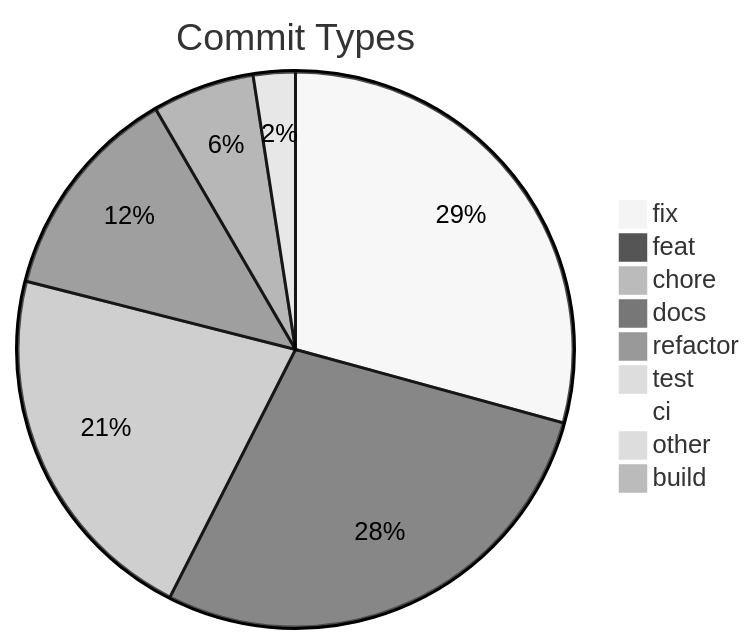
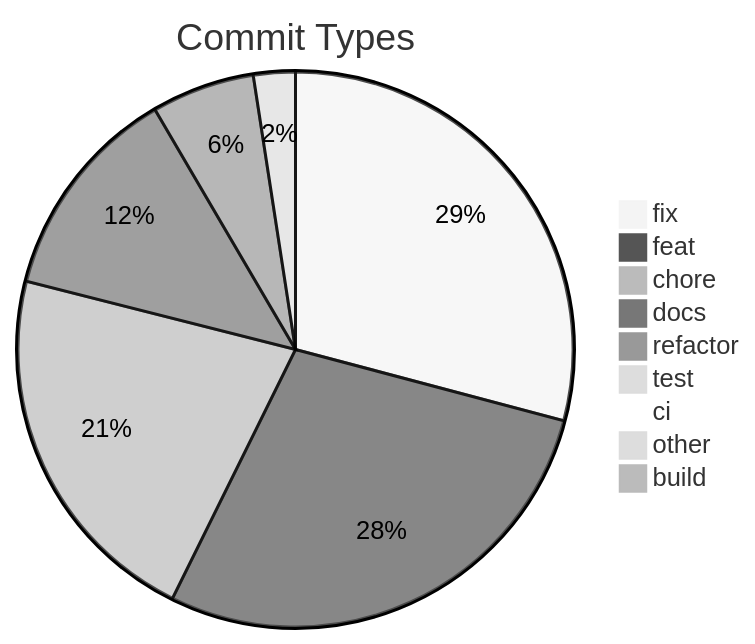
One commit to svenroth-ai/shipwright changed the diagram in .shipwright/compliance/change-history.md. Above: the diagram before and after it, drawn with Mermaid (neutral theme). The commit also changed other lines of this file and 30 other files, not shown here.

````diff
--- a/.shipwright/compliance/change-history.md
+++ b/.shipwright/compliance/change-history.md
@@ -8,12 +8,12 @@
 ```mermaid
 pie title Commit Types
     "fix" : 335
-    "feat" : 323
-    "chore" : 246
+    "feat" : 324
+    "chore" : 249
     "docs" : 145
-    "refactor" : 68
+    "refactor" : 69
     "test" : 28
     "ci" : 11
     "other" : 9
     "build" : 1
 ```
````
